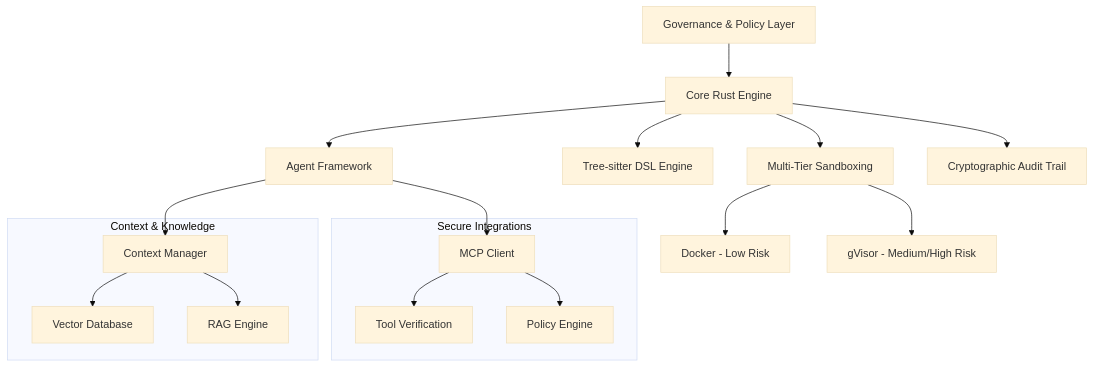
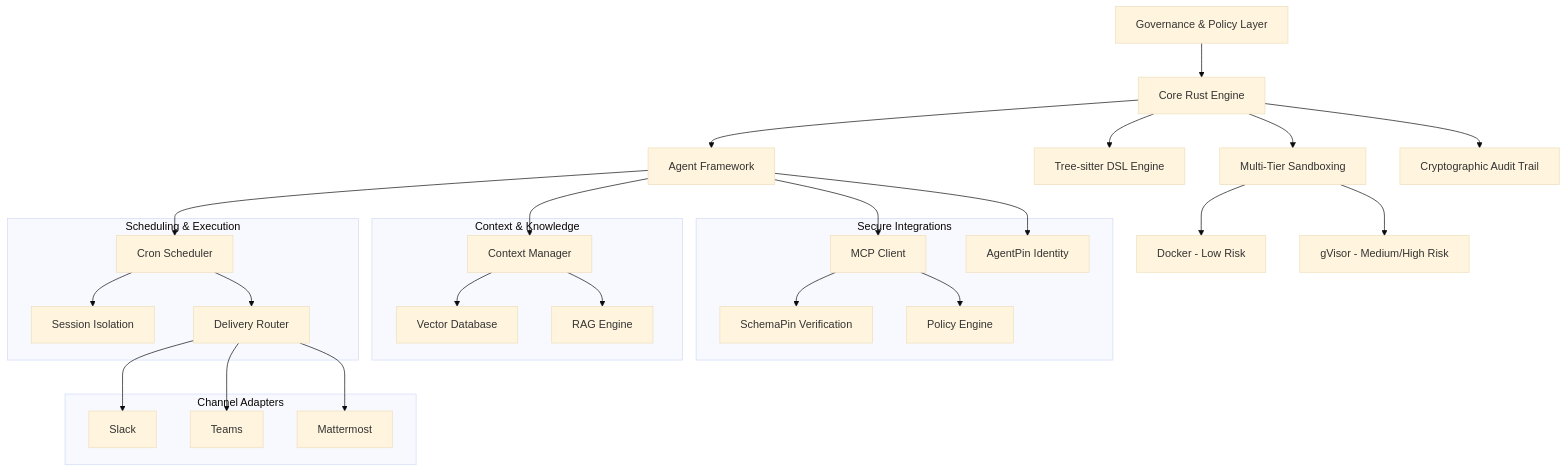
One commit to ThirdKeyAI/Symbiont changed the diagram in docs/index.md. Above: the diagram before and after it, drawn with Mermaid (base theme). The commit also changed other lines of this file and 42 other files, not shown here.

Commit message:
Sync v1.0.0: channel adapters, version bumps, dependency fixes, docs update

````diff
--- a/docs/index.md
+++ b/docs/index.md
@@ -101,29 +105,49 @@
 ```mermaid
 graph TB
     A[Governance & Policy Layer] --> B[Core Rust Engine]
     B --> C[Agent Framework]
     B --> D[Tree-sitter DSL Engine]
     B --> E[Multi-Tier Sandboxing]
     E --> F[Docker - Low Risk]
     E --> G[gVisor - Medium/High Risk]
     B --> I[Cryptographic Audit Trail]
-    
+
+    subgraph "Scheduling & Execution"
+        S[Cron Scheduler]
+        H[Session Isolation]
+        R[Delivery Router]
+    end
+
+    subgraph "Channel Adapters"
+        SL[Slack]
+        TM[Teams]
+        MM[Mattermost]
+    end
+
     subgraph "Context & Knowledge"
         J[Context Manager]
         K[Vector Database]
         L[RAG Engine]
     end
-    
+
     subgraph "Secure Integrations"
         M[MCP Client]
-        N[Tool Verification]
+        N[SchemaPin Verification]
         O[Policy Engine]
+        P[AgentPin Identity]
     end
-    
+
+    C --> S
+    S --> H
+    S --> R
+    R --> SL
+    R --> TM
+    R --> MM
     C --> J
     C --> M
     J --> K
     J --> L
     M --> N
     M --> O
+    C --> P
 ```
````
